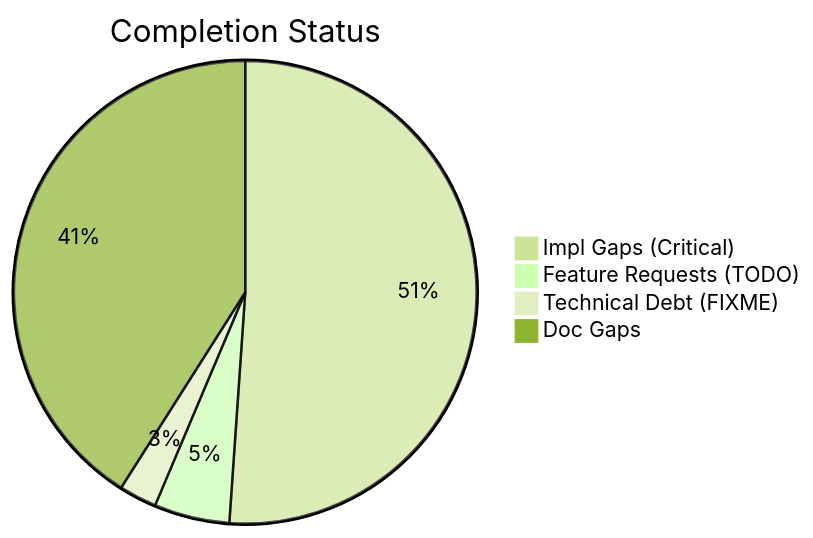
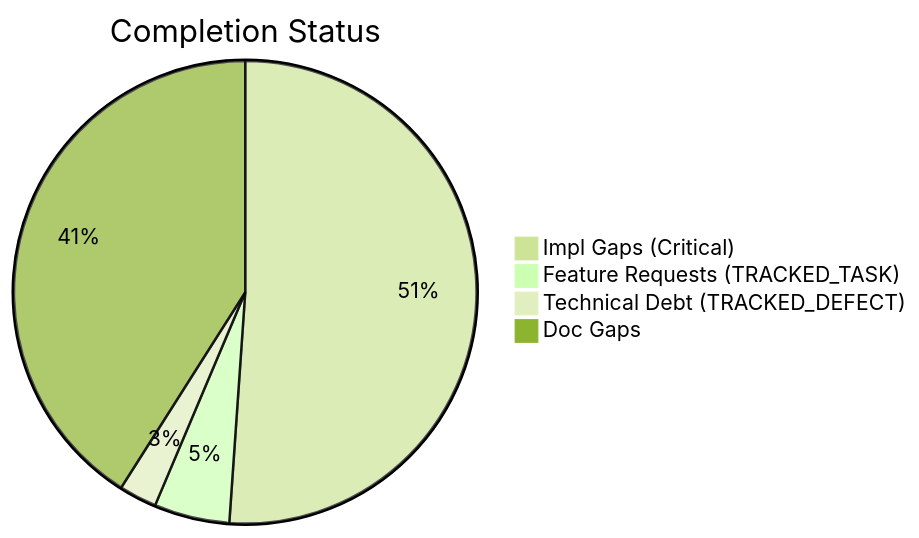
One commit to D-sorganization/UpstreamDrift changed the first of 2 diagrams in docs/assessments/completist/Completist_Report_2026-03-26.md. Above: the diagram before and after it, drawn with Mermaid (forest theme). The commit also changed other lines of this file and 62 other files, not shown here.

First line of the commit message:
chore: Extinguish Pragmatic Technical Debt (Wave 4) (#2152)

````diff
--- a/docs/assessments/completist/Completist_Report_2026-03-26.md
+++ b/docs/assessments/completist/Completist_Report_2026-03-26.md
@@ -11,7 +11,7 @@
 ```mermaid
 pie title Completion Status
     "Impl Gaps (Critical)" : 349
-    "Feature Requests (TODO)" : 36
-    "Technical Debt (FIXME)" : 18
+    "Feature Requests (TRACKED_TASK)" : 36
+    "Technical Debt (TRACKED_DEFECT)" : 18
     "Doc Gaps" : 280
 ```
````
